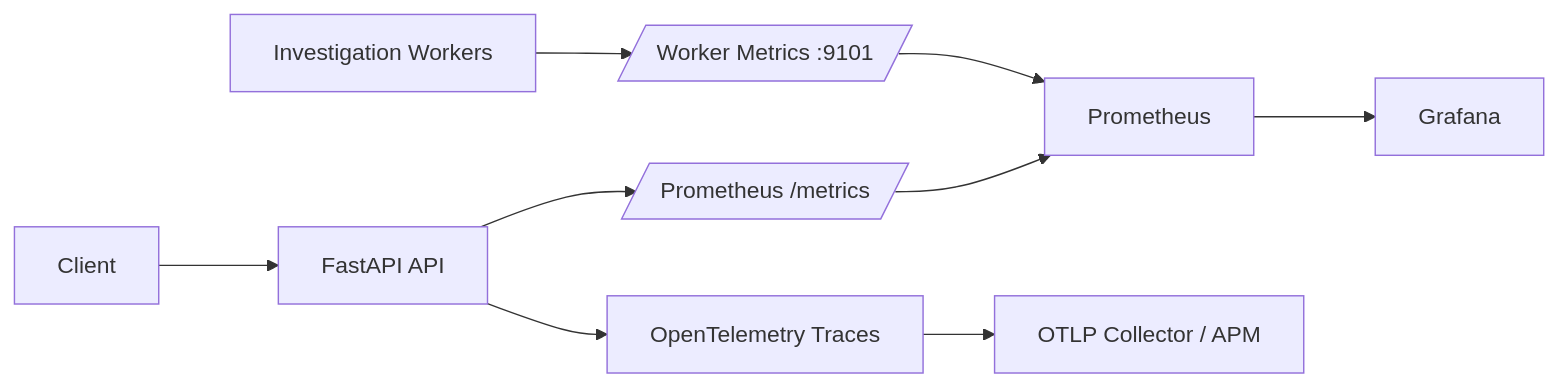
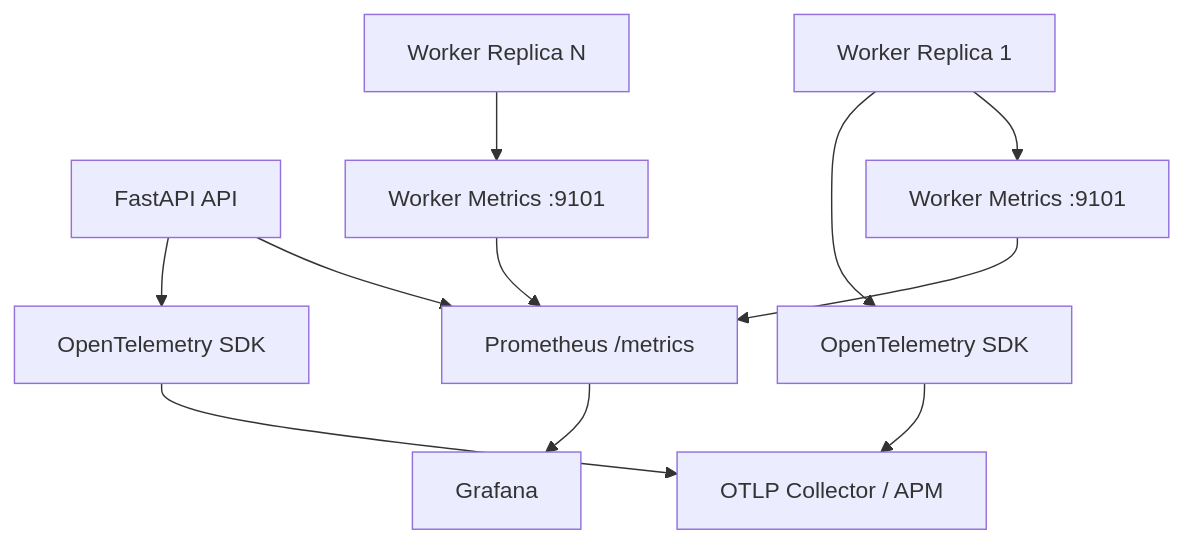
Before and after one commit to Dikshu015/RazorRisk-Agentic-AI-Payment-Fraud-Risk-Investigation-Platform: diagram 18 of 21 in README.md, drawn with Mermaid. The commit also changed other lines of this file and 7 other files, not shown here.

````diff
--- a/README.md
+++ b/README.md
@@ -852,11 +871,14 @@
 ```mermaid
-flowchart LR
-    C[Client] --> API[FastAPI API]
-    API --> M[/Prometheus /metrics/]
-    API --> OT[OpenTelemetry Traces]
-    W[Investigation Workers] --> WM[/Worker Metrics :9101/]
-    WM --> P[Prometheus]
-    M --> P
+%%{init: {'flowchart': {'nodeSpacing': 28, 'rankSpacing': 48}}}%%
+flowchart TB
+    API[FastAPI API] --> PM[Prometheus /metrics]
+    W1[Worker Replica 1] --> PW1[Worker Metrics :9101]
+    WN[Worker Replica N] --> PWN[Worker Metrics :9101]
+    PW1 --> PM
+    PWN --> PM
+    API --> OT[OpenTelemetry SDK]
+    W1 --> OTW[OpenTelemetry SDK]
     OT --> COL[OTLP Collector / APM]
-    P --> G[Grafana]
+    OTW --> COL
+    PM --> G[Grafana]
 ```
````
